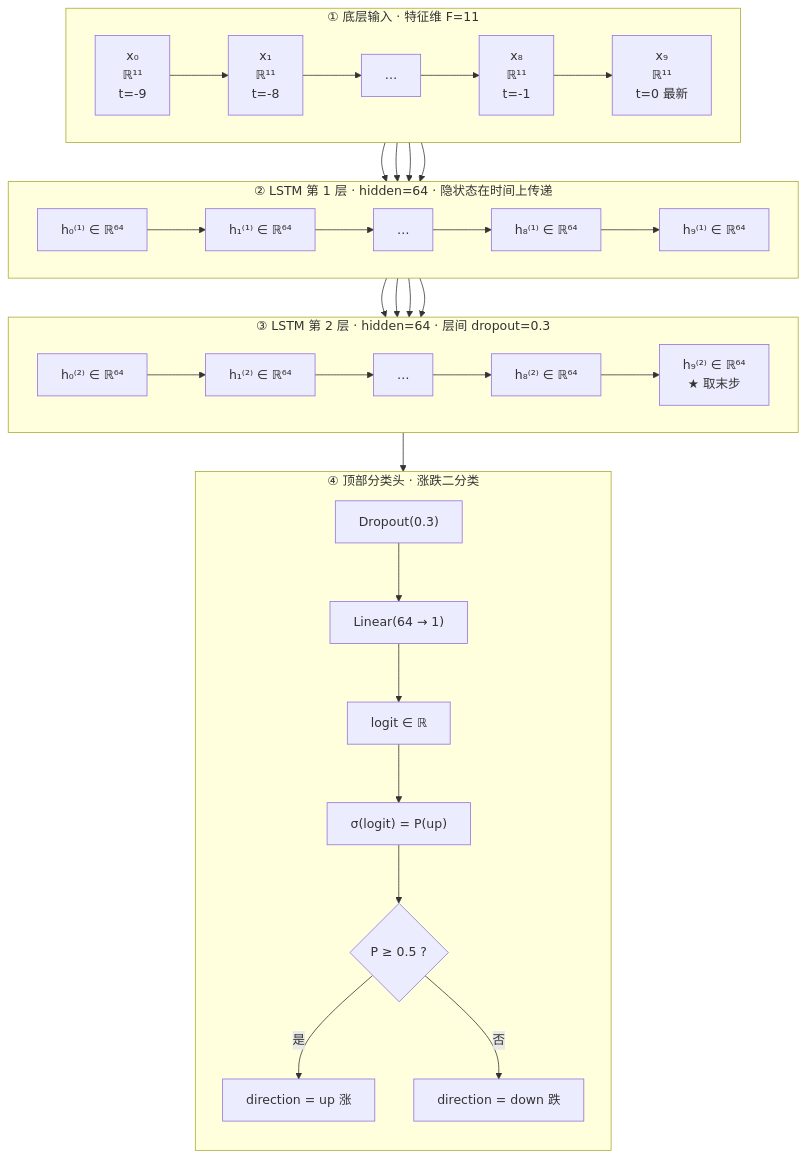
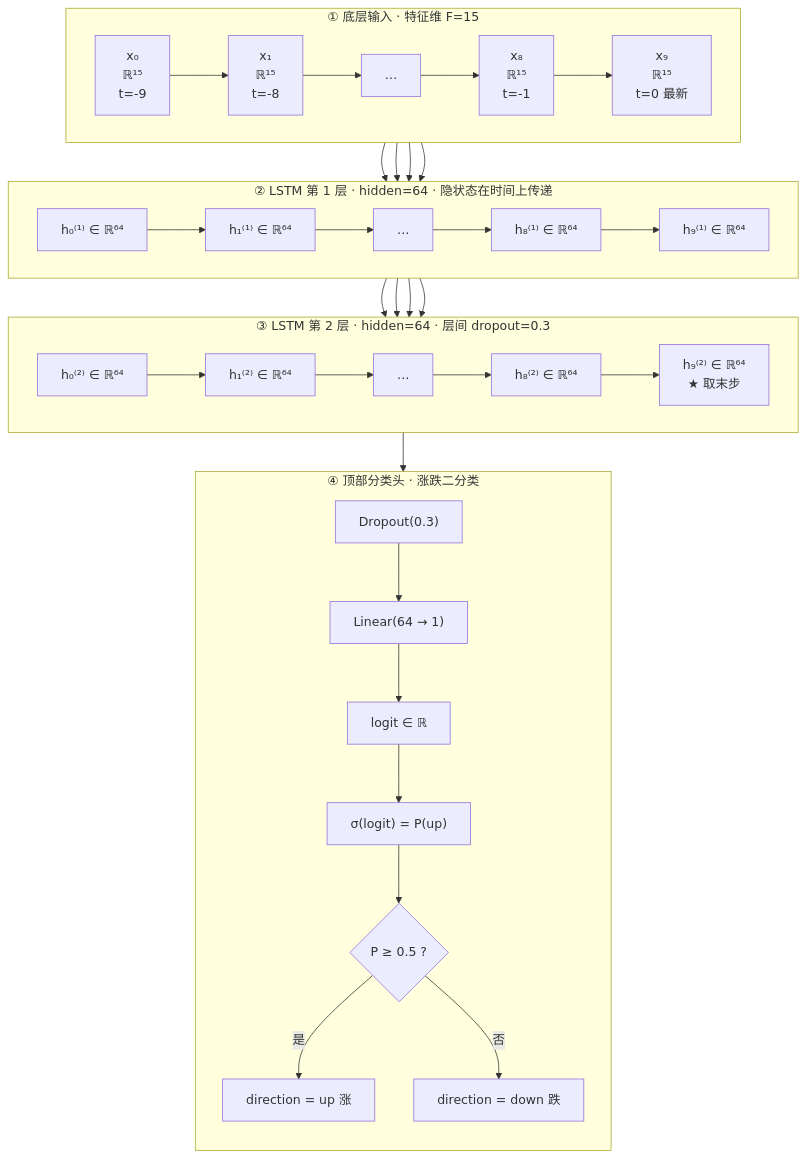
Before and after one commit to fanqingsong/stock_predictive: the second of 11 diagrams in docs/model-architecture.md, drawn with Mermaid. The commit also changed other lines of this file and 7 other files, not shown here.

First line of the commit message:
Add market-benchmark relative features and bump feature schema to v6-scale.

````diff
--- a/docs/model-architecture.md
+++ b/docs/model-architecture.md
@@ -78,37 +78,37 @@
 ```mermaid
 flowchart TB
-  subgraph L0 ["① 底层输入 · 特征维 F=11"]
+  subgraph L0 ["① 底层输入 · 特征维 F=15"]
     direction LR
-    x0["x₀<br/>ℝ¹¹<br/>t=-9"] --> x1["x₁<br/>ℝ¹¹<br/>t=-8"] --> x2["…"] --> x8["x₈<br/>ℝ¹¹<br/>t=-1"] --> x9["x₉<br/>ℝ¹¹<br/>t=0 最新"]
+    x0["x₀<br/>ℝ¹⁵<br/>t=-9"] --> x1["x₁<br/>ℝ¹⁵<br/>t=-8"] --> x2["…"] --> x8["x₈<br/>ℝ¹⁵<br/>t=-1"] --> x9["x₉<br/>ℝ¹⁵<br/>t=0 最新"]
   end
 
   subgraph L1 ["② LSTM 第 1 层 · hidden=64 · 隐状态在时间上传递"]
     direction LR
     h10["h₀⁽¹⁾ ∈ ℝ⁶⁴"] --> h11["h₁⁽¹⁾ ∈ ℝ⁶⁴"] --> h12["…"] --> h18["h₈⁽¹⁾ ∈ ℝ⁶⁴"] --> h19["h₉⁽¹⁾ ∈ ℝ⁶⁴"]
   end
 
   subgraph L2 ["③ LSTM 第 2 层 · hidden=64 · 层间 dropout=0.3"]
     direction LR
     h20["h₀⁽²⁾ ∈ ℝ⁶⁴"] --> h21["h₁⁽²⁾ ∈ ℝ⁶⁴"] --> h22["…"] --> h28["h₈⁽²⁾ ∈ ℝ⁶⁴"] --> h29["h₉⁽²⁾ ∈ ℝ⁶⁴<br/>★ 取末步"]
   end
 
   subgraph HEAD ["④ 顶部分类头 · 涨跌二分类"]
     direction TB
     DO["Dropout(0.3)"] --> FC["Linear(64 → 1)"]
     FC --> LOGIT["logit ∈ ℝ"]
     LOGIT --> SIG["σ(logit) = P(up)"]
     SIG --> CLS{"P ≥ 0.5 ?"}
     CLS -->|是| UP["direction = up 涨"]
     CLS -->|否| DN["direction = down 跌"]
   end
 
   x0 --> h10
   x1 --> h11
   x8 --> h18
   x9 --> h19
   h10 --> h20
   h11 --> h21
   h18 --> h28
   h19 --> h29
   h29 --> DO
 ```
````
